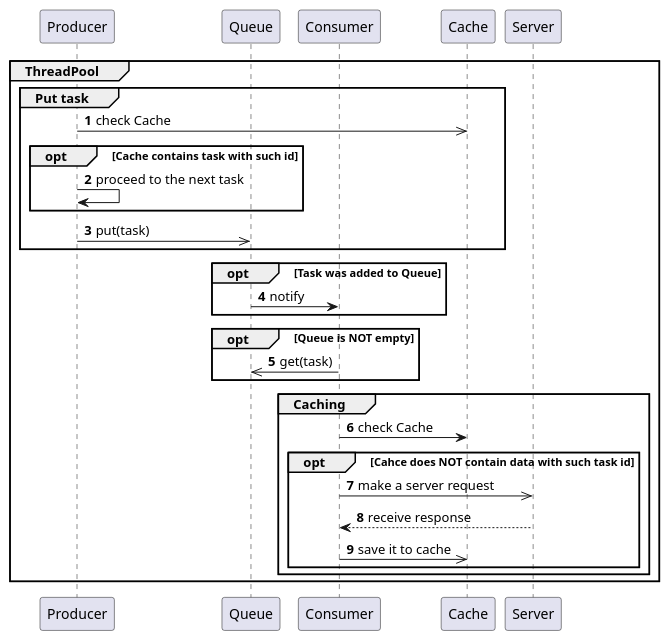
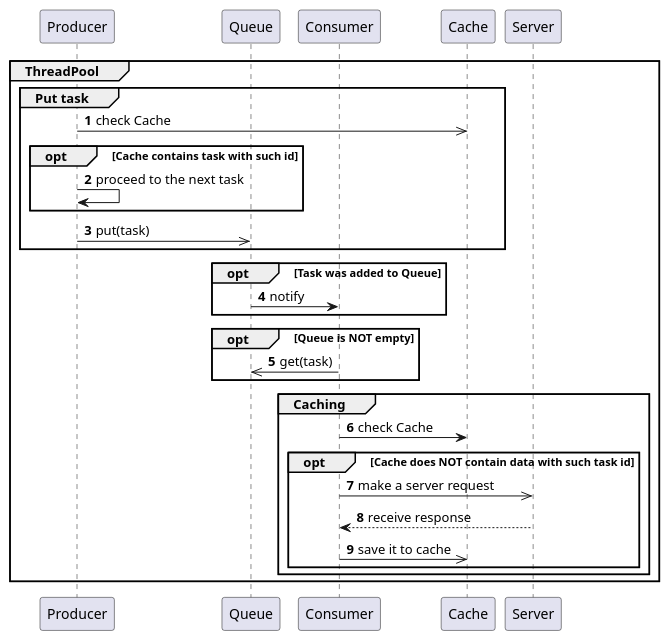
The diagram in docs/diagrams/src/uml_seq_diagram_process.puml (Slava1511/CPPropblem), drawn with PlantUML before and after one commit. The commit also changed 1 other file, not shown here.

```diff
--- a/docs/diagrams/src/uml_seq_diagram_process.puml
+++ b/docs/diagrams/src/uml_seq_diagram_process.puml
@@ -1,37 +1,37 @@
 @startuml uml_seq_diagram_process
 autonumber
 
 participant Producer
 participant Queue
 participant Consumer
 participant Cache
 participant Server
 
 Group ThreadPool
 Group Put task
     Producer ->> Cache: check Cache
     Opt Cache contains task with such id
         Producer -> Producer : proceed to the next task
     end
     Producer ->> Queue : put(task)
 end
 
 Opt Task was added to Queue
         Queue -> Consumer : notify
 end
 
 Opt Queue is NOT empty
         Consumer ->> Queue : get(task)
 end
 
 Group Caching
 Consumer -> Cache : check Cache
-opt Cahce does NOT contain data with such task id
+opt Cache does NOT contain data with such task id
   Consumer ->> Server : make a server request
   Server --> Consumer : receive response
   Consumer ->> Cache : save it to cache
 end
 
 end
 end
 @enduml
```
